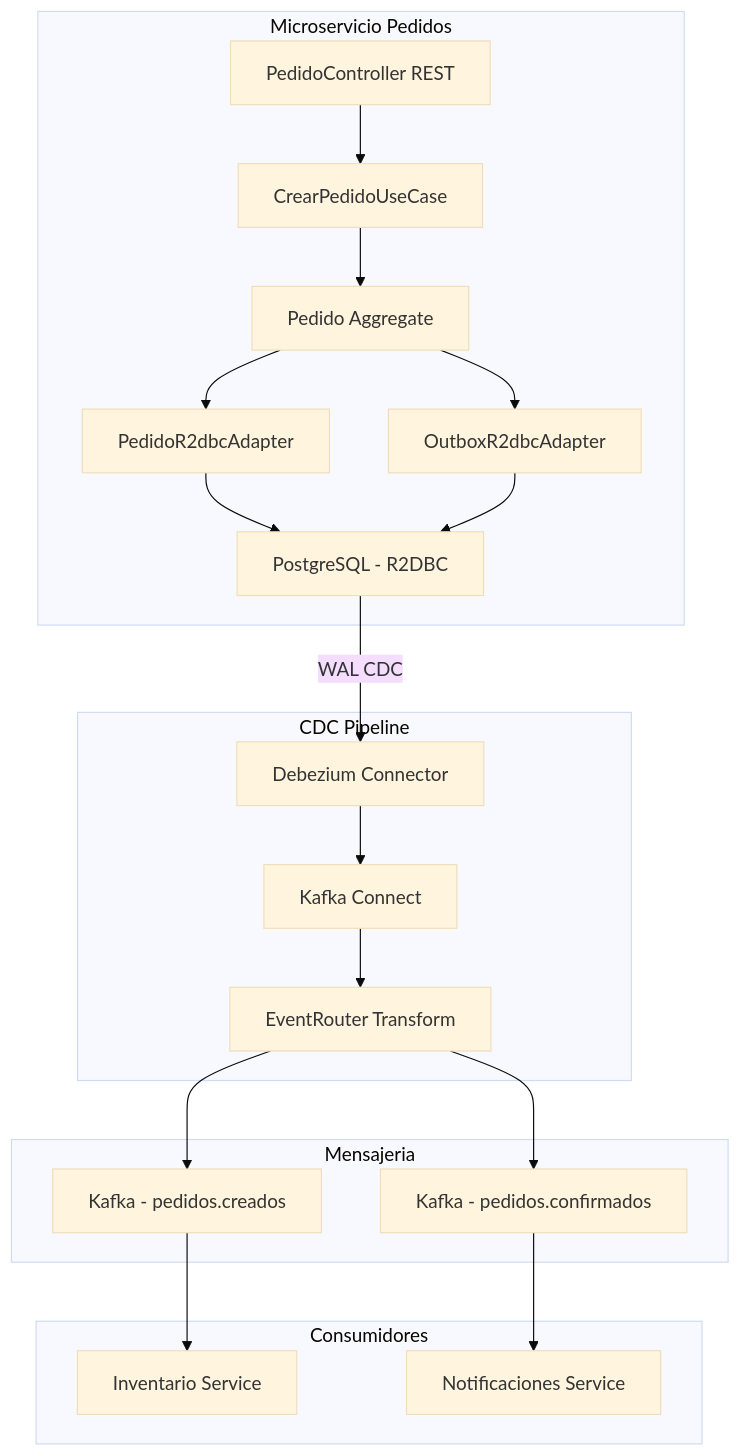
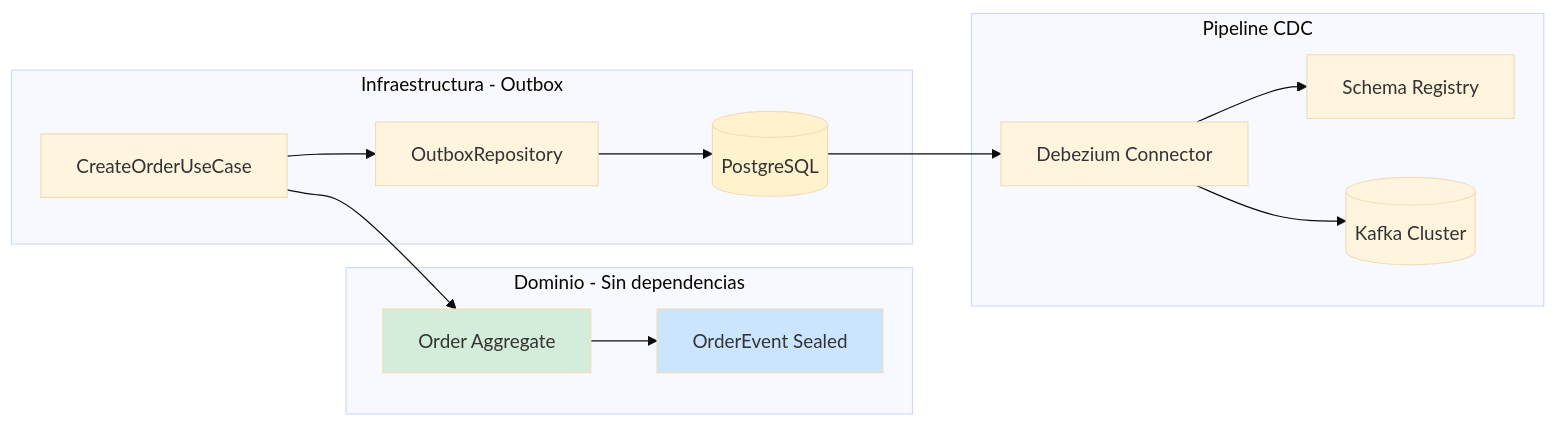
Before and after one commit to Joaquinriosheredia/DAM-Java-Mastery: the second of 2 diagrams in 02_Arquitectura/event_driven_architecture_transactional_outbox_java_21_STAFF.md, drawn with Mermaid (base theme). The commit also changed other lines of this file, not shown here.

Commit message:
event_driven_architecture_transactional_outbox_java_21_STAFF.md

````diff
--- a/02_Arquitectura/event_driven_architecture_transactional_outbox_java_21_STAFF.md
+++ b/02_Arquitectura/event_driven_architecture_transactional_outbox_java_21_STAFF.md
@@ -83,37 +109,31 @@
 ```mermaid
-graph TD
-    subgraph Microservicio Pedidos
-        A[PedidoController REST]
-        B[CrearPedidoUseCase]
-        C[Pedido Aggregate]
-        D[PedidoR2dbcAdapter]
-        E[OutboxR2dbcAdapter]
-        F[PostgreSQL - R2DBC]
+graph LR
+    subgraph "Dominio - Sin dependencias"
+        AGG[Order Aggregate]
+        EVT[OrderEvent Sealed]
     end
-    subgraph CDC Pipeline
-        G[Debezium Connector]
-        H[Kafka Connect]
-        I[EventRouter Transform]
+    
+    subgraph "Infraestructura - Outbox"
+        USECASE[CreateOrderUseCase]
+        OUTBOX_REPO[OutboxRepository]
+        DB[(PostgreSQL)]
     end
-    subgraph Mensajeria
-        J[Kafka - pedidos.creados]
-        K[Kafka - pedidos.confirmados]
+    
+    subgraph "Pipeline CDC"
+        CDC[Debezium Connector]
+        REG[Schema Registry]
+        KAFKA[(Kafka Cluster)]
     end
-    subgraph Consumidores
-        L[Inventario Service]
-        M[Notificaciones Service]
-    end
-    A --> B
-    B --> C
-    C --> D
-    C --> E
-    D --> F
-    E --> F
-    F -->|WAL CDC| G
-    G --> H
-    H --> I
-    I --> J
-    I --> K
-    J --> L
-    K --> M
+    
+    AGG --> EVT
+    USECASE --> AGG
+    USECASE --> OUTBOX_REPO
+    OUTBOX_REPO --> DB
+    DB --> CDC
+    CDC --> REG
+    CDC --> KAFKA
+    
+    style AGG fill:#d4edda
+    style EVT fill:#cce5ff
+    style DB fill:#fff3cd
 ```
````
